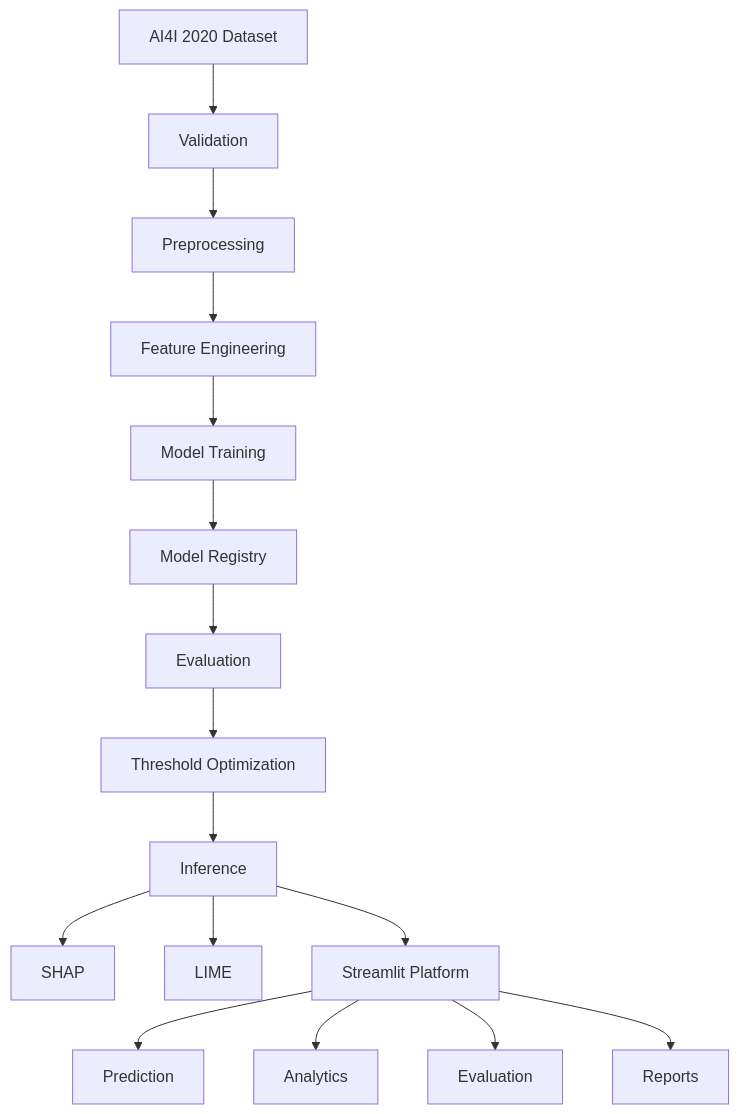
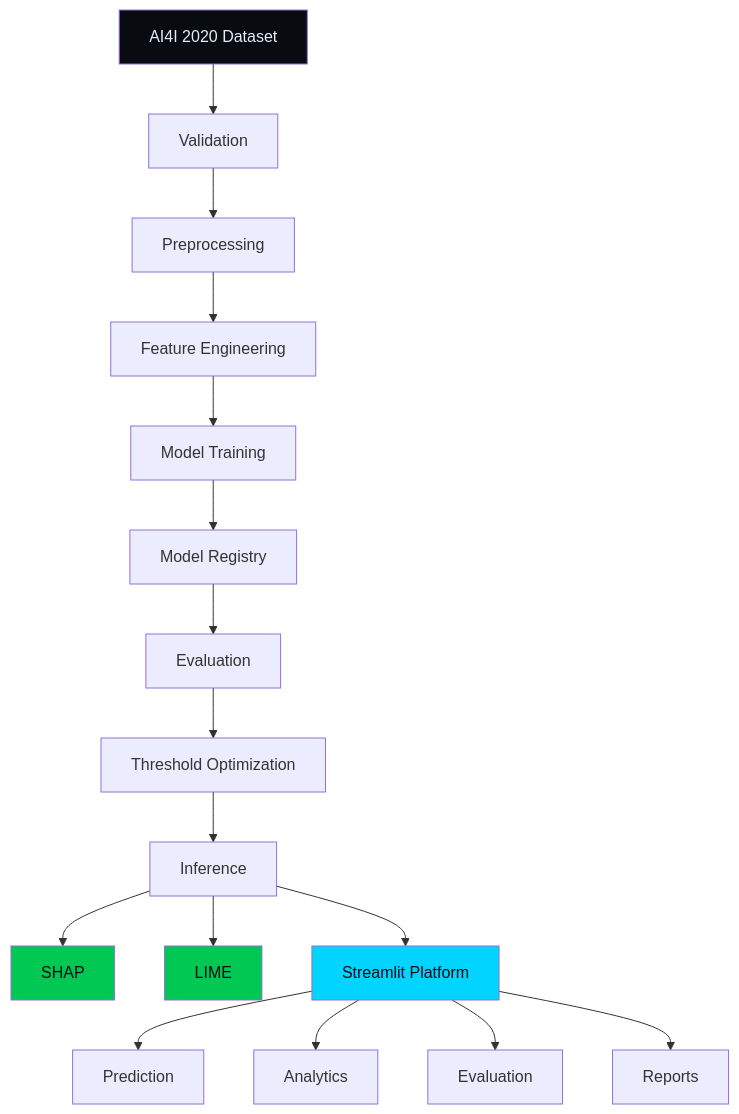
One commit to ARJUN-0402/Predictive-Maintenance-of-Industrial-Equipment changed the first of 2 diagrams in README.md. Above: the diagram before and after it, drawn with Mermaid. The commit also changed other lines of this file and 2 other files, not shown here.

````diff
--- a/README.md
+++ b/README.md
@@ -247,18 +210,24 @@
 ```mermaid
 flowchart TD
     A[AI4I 2020 Dataset] --> B[Validation]
     B --> C[Preprocessing]
     C --> D[Feature Engineering]
     D --> E[Model Training]
     E --> F[Model Registry]
     F --> G[Evaluation]
     G --> H[Threshold Optimization]
     H --> I[Inference]
     I --> J[SHAP]
     I --> K[LIME]
     I --> L[Streamlit Platform]
+
     L --> M[Prediction]
     L --> N[Analytics]
     L --> O[Evaluation]
     L --> P[Reports]
+
+    style A fill:#080B0F,color:#e6edf3
+    style L fill:#00d4ff,color:#080B0F
+    style J fill:#00c853,color:#080B0F
+    style K fill:#00c853,color:#080B0F
 ```
````
